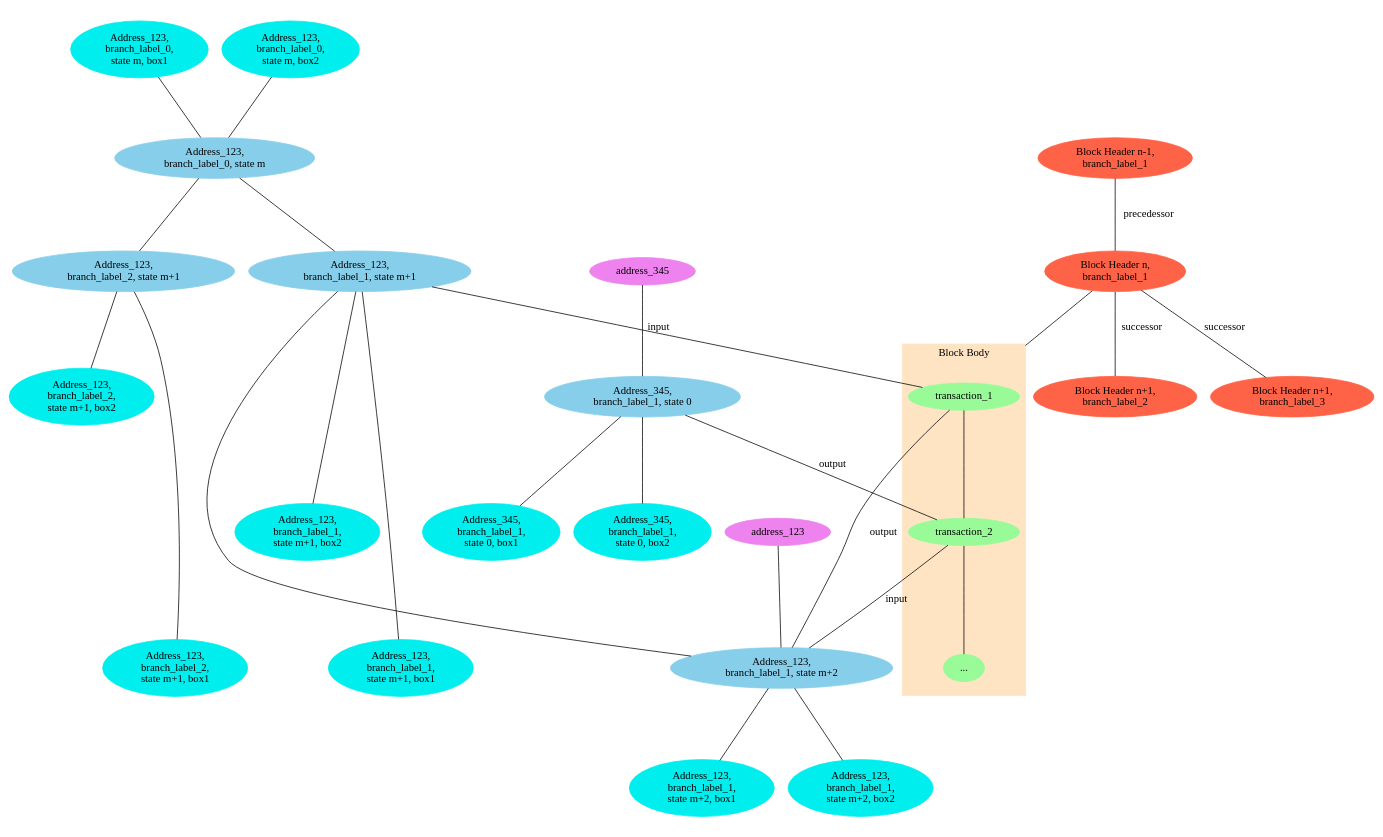
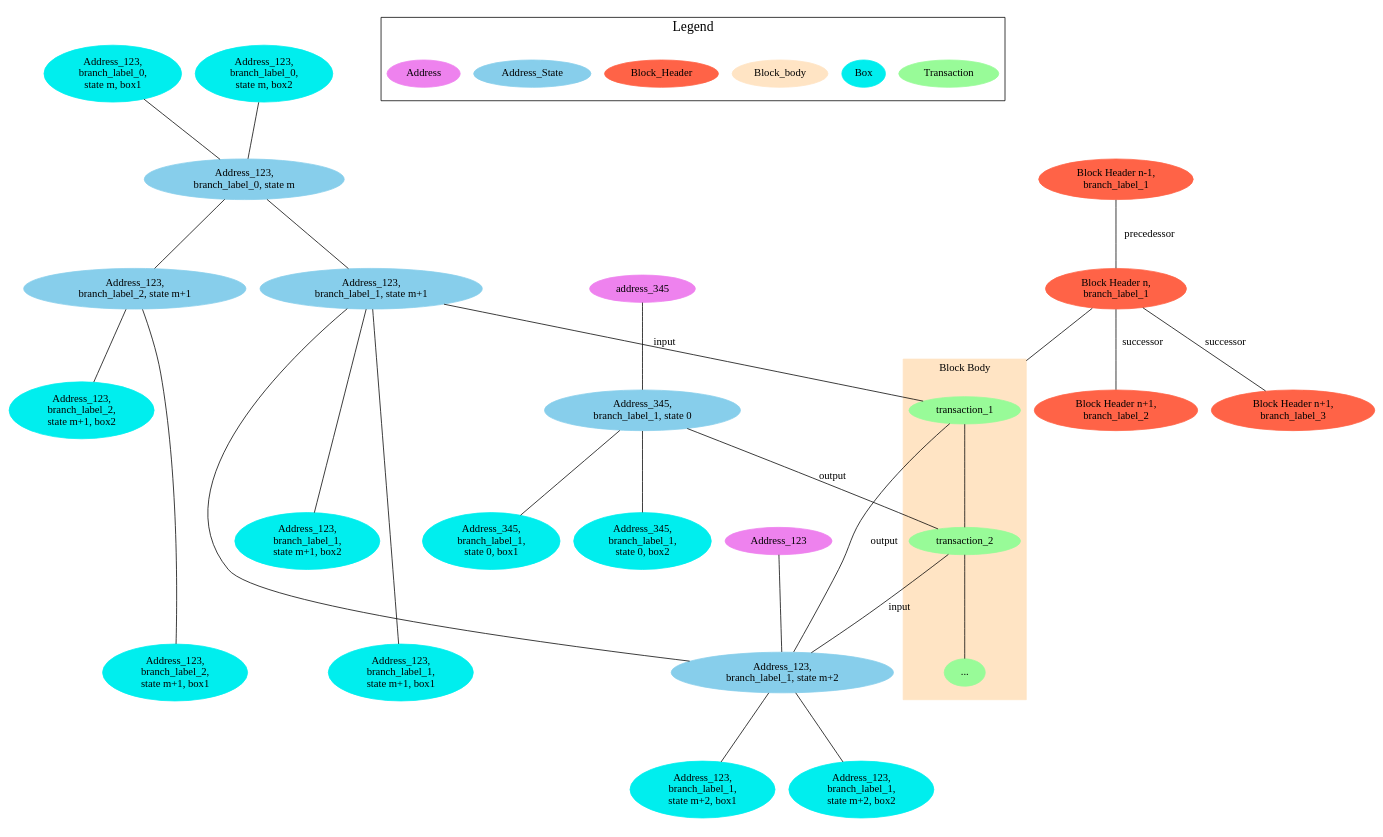
Before and after one commit to mgrand-topl/PlantUML_Sandbox: the diagram in genus_block_data_model.dot, drawn with Graphviz.

```diff
--- a/genus_block_data_model.dot
+++ b/genus_block_data_model.dot
@@ -1,56 +1,66 @@
 graph g {
   ratio= 0.6;
   compound=true;
   "Block Header n,\nbranch_label_1" [color=tomato, style=filled]
   "Block Header n-1,\nbranch_label_1" [color=tomato, style=filled]
   "Block Header n-1,\nbranch_label_1"
   "Block Header n-1,\nbranch_label_1" -- "Block Header n,\nbranch_label_1" [label = "precedessor"];
   "Block Header n,\nbranch_label_1" -- "Block Header n+1,\nbranch_label_2" [label = "successor"]
   "Block Header n,\nbranch_label_1" -- "Block Header n+1,\nbranch_label_3" [label = "successor"]
   "Block Header n,\nbranch_label_1"
   "Block Header n,\nbranch_label_1" -- transaction_1 [lhead=cluster0]
   "Block Header n+1,\nbranch_label_2" [color=tomato, style=filled]
   "Block Header n+1,\nbranch_label_2"
   "Block Header n+1,\nbranch_label_3" [color=tomato, style=filled]
 
   subgraph cluster0 {
     label = "Block Body"
     color=bisque
     style=filled
     "..." [color=palegreen, style=filled]
     transaction_1 -- transaction_2 -- "...";
   }
   "Address_123,\nbranch_label_0,\nstate m, box1" [color=cyan2, style=filled]
   "Address_123,\nbranch_label_0,\nstate m, box2" [color=cyan2, style=filled]
   {"Address_123,\nbranch_label_0,\nstate m, box1" "Address_123,\nbranch_label_0,\nstate m, box2"} -- "Address_123,\nbranch_label_0, state m"
   "Address_123,\nbranch_label_0, state m" [color=skyblue, style=filled]
   "Address_123,\nbranch_label_0, state m" --  {"Address_123,\nbranch_label_1, state m+1" "Address_123,\nbranch_label_2, state m+1"}
   "Address_123,\nbranch_label_1, state m+1" [color=skyblue, style=filled]
   "Address_123,\nbranch_label_1,\nstate m+1, box1" [color=cyan2, style=filled]
   "Address_123,\nbranch_label_1,\nstate m+1, box2" [color=cyan2, style=filled]
   "Address_123,\nbranch_label_1, state m+1" -- "Address_123,\nbranch_label_1,\nstate m+1, box1" [minlen="3"]
   "Address_123,\nbranch_label_1, state m+1" -- "Address_123,\nbranch_label_1,\nstate m+1, box2" [minlen="2"]
   "Address_123,\nbranch_label_2,\nstate m+1, box1" [color=cyan2, style=filled]
   "Address_123,\nbranch_label_2,\nstate m+1, box2" [color=cyan2, style=filled]
   "Address_123,\nbranch_label_2, state m+1" [color=skyblue, style=filled]
   "Address_123,\nbranch_label_2, state m+1" -- "Address_123,\nbranch_label_2,\nstate m+1, box1" [minlen="3"]
   "Address_123,\nbranch_label_2, state m+1" -- "Address_123,\nbranch_label_2,\nstate m+1, box2"
   "Address_123,\nbranch_label_1, state m+1" -- transaction_1 [label="input"]
   "Address_123,\nbranch_label_1,\nstate m+2, box1" [color=cyan2, style=filled]
   "Address_123,\nbranch_label_1,\nstate m+2, box2" [color=cyan2, style=filled]
   "Address_123,\nbranch_label_1, state m+1" -- "Address_123,\nbranch_label_1, state m+2" -- {"Address_123,\nbranch_label_1,\nstate m+2, box1" "Address_123,\nbranch_label_1,\nstate m+2, box2"}
   transaction_1 [color=palegreen, style=filled]
   "Address_123,\nbranch_label_1, state m+2" [color=skyblue, style=filled]
   transaction_1 -- "Address_123,\nbranch_label_1, state m+2" [label = "output"]
   transaction_2 [color=palegreen, style=filled]
   transaction_2 -- "Address_123,\nbranch_label_1, state m+2" [label="input"]
-  address_123 [color=violet, style=filled]
-  address_123 -- "Address_123,\nbranch_label_1, state m+2"
+  Address_123 [color=violet, style=filled]
+  Address_123 -- "Address_123,\nbranch_label_1, state m+2"
   "Address_345,\nbranch_label_1, state 0" [color=skyblue, style=filled]
   "Address_345,\nbranch_label_1, state 0" -- transaction_2 [label="output"]
   "Address_345,\nbranch_label_1,\nstate 0, box1" [color=cyan2, style=filled]
   "Address_345,\nbranch_label_1,\nstate 0, box2" [color=cyan2, style=filled]
   "Address_345,\nbranch_label_1, state 0" -- {"Address_345,\nbranch_label_1,\nstate 0, box1" "Address_345,\nbranch_label_1,\nstate 0, box2"}
   "address_345" [color=violet, style=filled]
   "address_345" -- "Address_345,\nbranch_label_1, state 0"
+  subgraph cluster_legend {
+    label=Legend
+    fontsize=18
+    Transaction [color=palegreen, style=filled]
+    Box [color=cyan2, style=filled]
+    Block_body [color=bisque, style=filled]
+    Block_Header [color=tomato, style=filled]
+    Address_State [color=skyblue, style=filled]
+    Address [color=violet, style=filled]
+  }
 }
```
